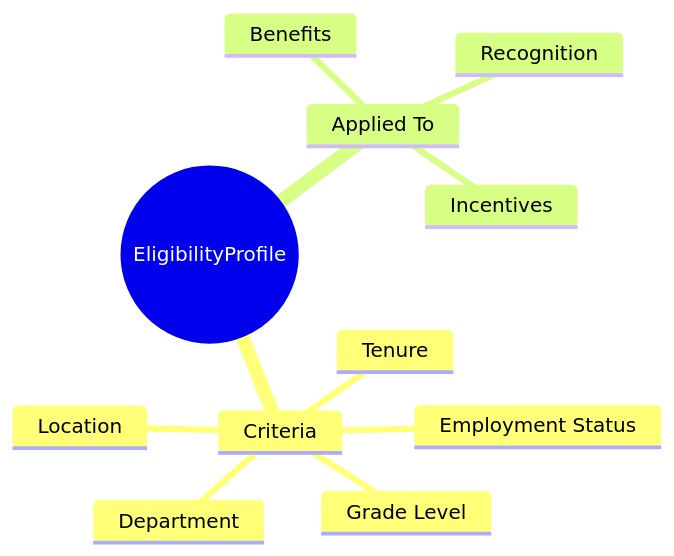
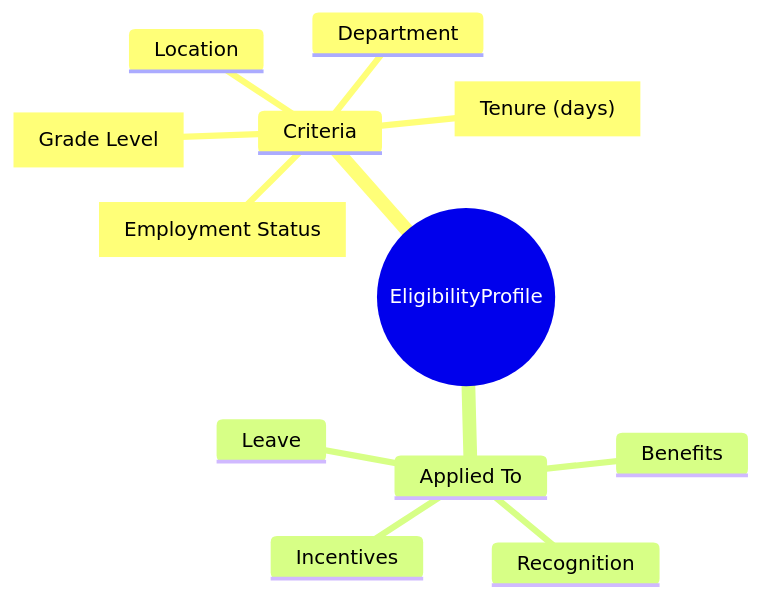
One commit to a4b-corporation/xTalent changed the first of 4 diagrams in docs/01-modules/TR/00-ontology/domain/benefits/eligibility-profile.onto.md. Above: the diagram before and after it, drawn with Mermaid. The commit also changed other lines of this file and 14 other files, not shown here.

````diff
--- a/docs/01-modules/TR/00-ontology/domain/benefits/eligibility-profile.onto.md
+++ b/docs/01-modules/TR/00-ontology/domain/benefits/eligibility-profile.onto.md
@@ -87,14 +103,15 @@
 ```mermaid
 mindmap
   root((EligibilityProfile))
     Criteria
-      Employment Status
-      Tenure
-      Grade Level
+      Employment["Employment Status"]
+      Tenure["Tenure (days)"]
+      Grade["Grade Level"]
       Location
       Department
     Applied To
       Benefits
       Incentives
       Recognition
+      Leave
 ```
````
